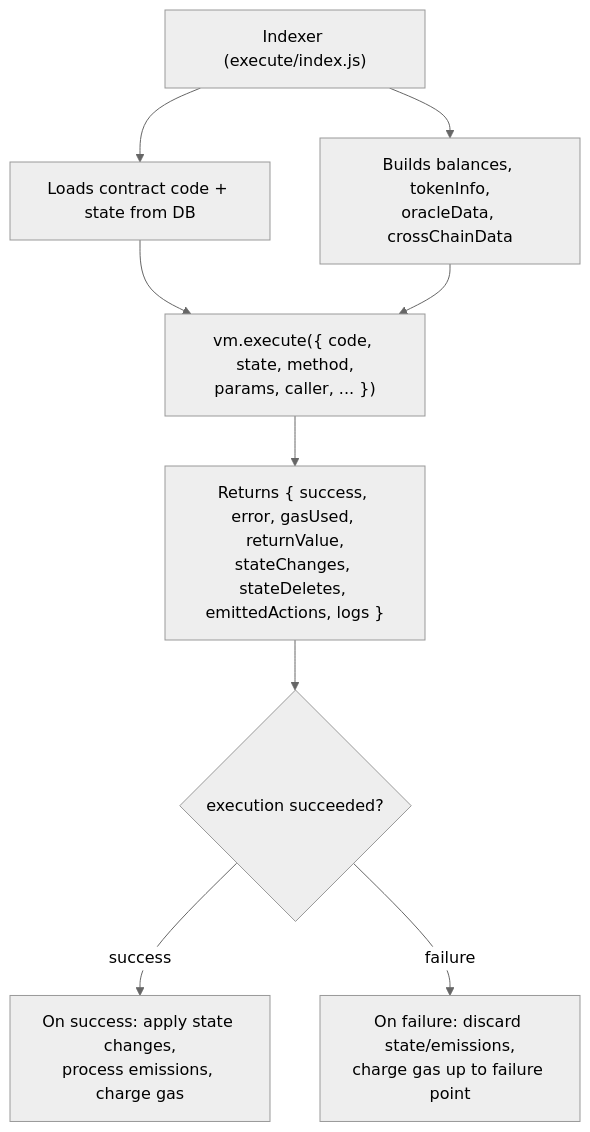
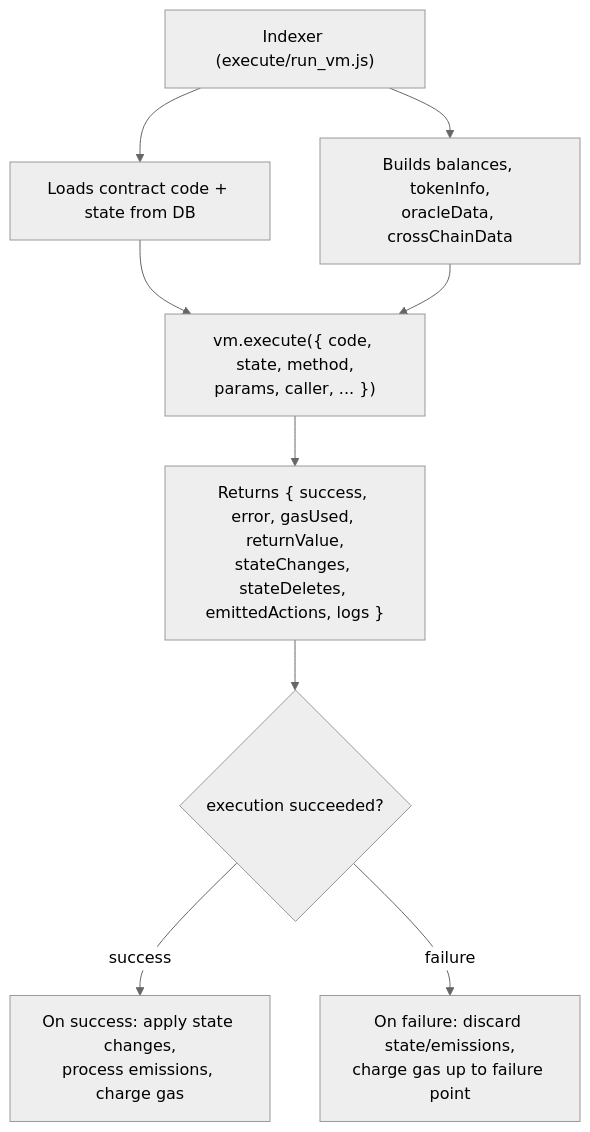
Before and after one commit to XChain-Platform/xchain-documentation: the second of 3 diagrams in components/vm/operations.md, drawn with Mermaid (neutral theme). The commit also changed other lines of this file and 42 other files, not shown here.

````diff
--- a/components/vm/operations.md
+++ b/components/vm/operations.md
@@ -72,20 +72,20 @@
 ```mermaid
 flowchart TD
-    INDEXER["Indexer (execute/index.js)"]
+    INDEXER["Indexer (execute/run_vm.js)"]
     LOAD["Loads contract code + state from DB"]
     BUILD["Builds balances, tokenInfo,<br>oracleData, crossChainData"]
     EXEC["vm.execute({ code, state, method,<br>params, caller, ... })"]
     RETURNS["Returns { success, error, gasUsed, returnValue,<br>stateChanges, stateDeletes, emittedActions, logs }"]
     DECIDE{"execution succeeded?"}
     SUCCESS["On success: apply state changes,<br>process emissions, charge gas"]
     FAILURE["On failure: discard state/emissions,<br>charge gas up to failure point"]
 
     INDEXER --> LOAD
     INDEXER --> BUILD
     LOAD --> EXEC
     BUILD --> EXEC
     EXEC --> RETURNS
     RETURNS --> DECIDE
     DECIDE -->|success| SUCCESS
     DECIDE -->|failure| FAILURE
 ```
````
